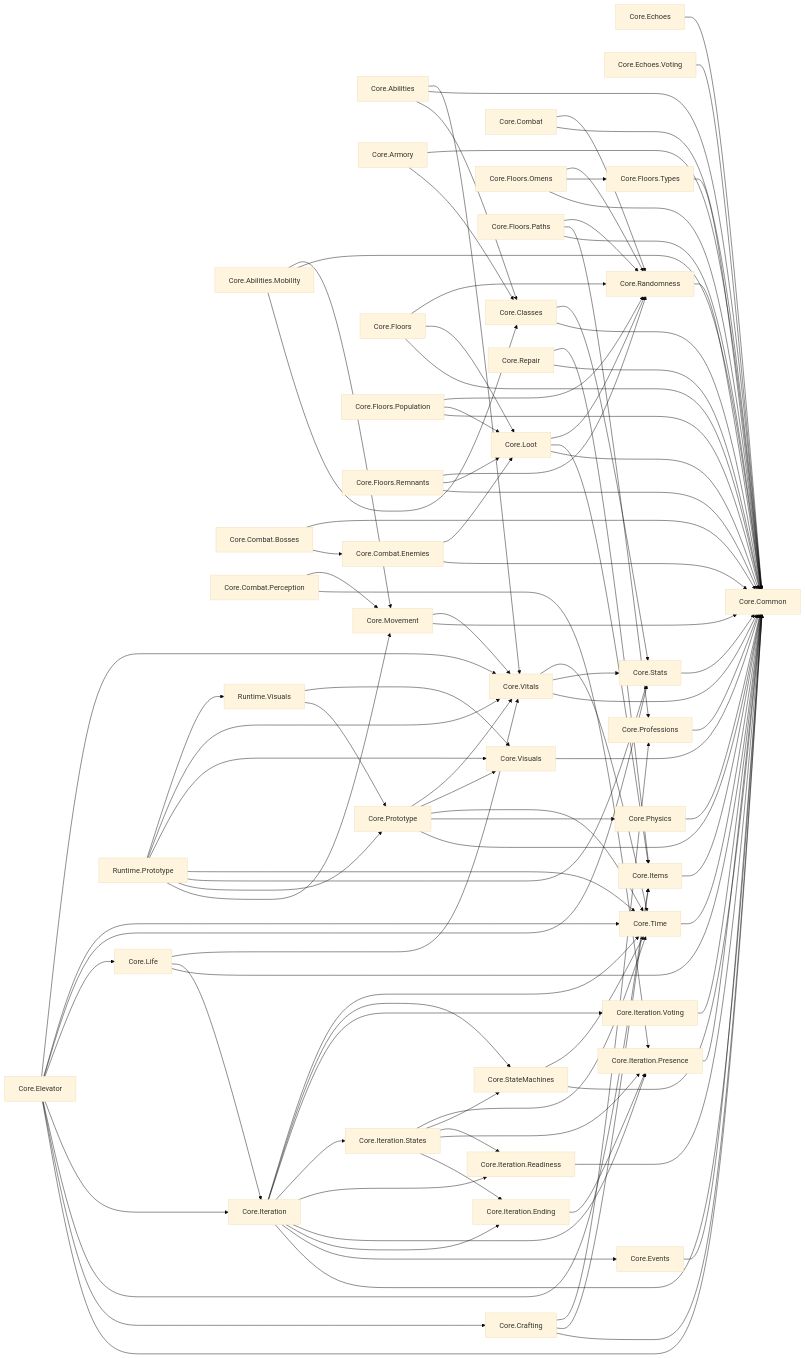
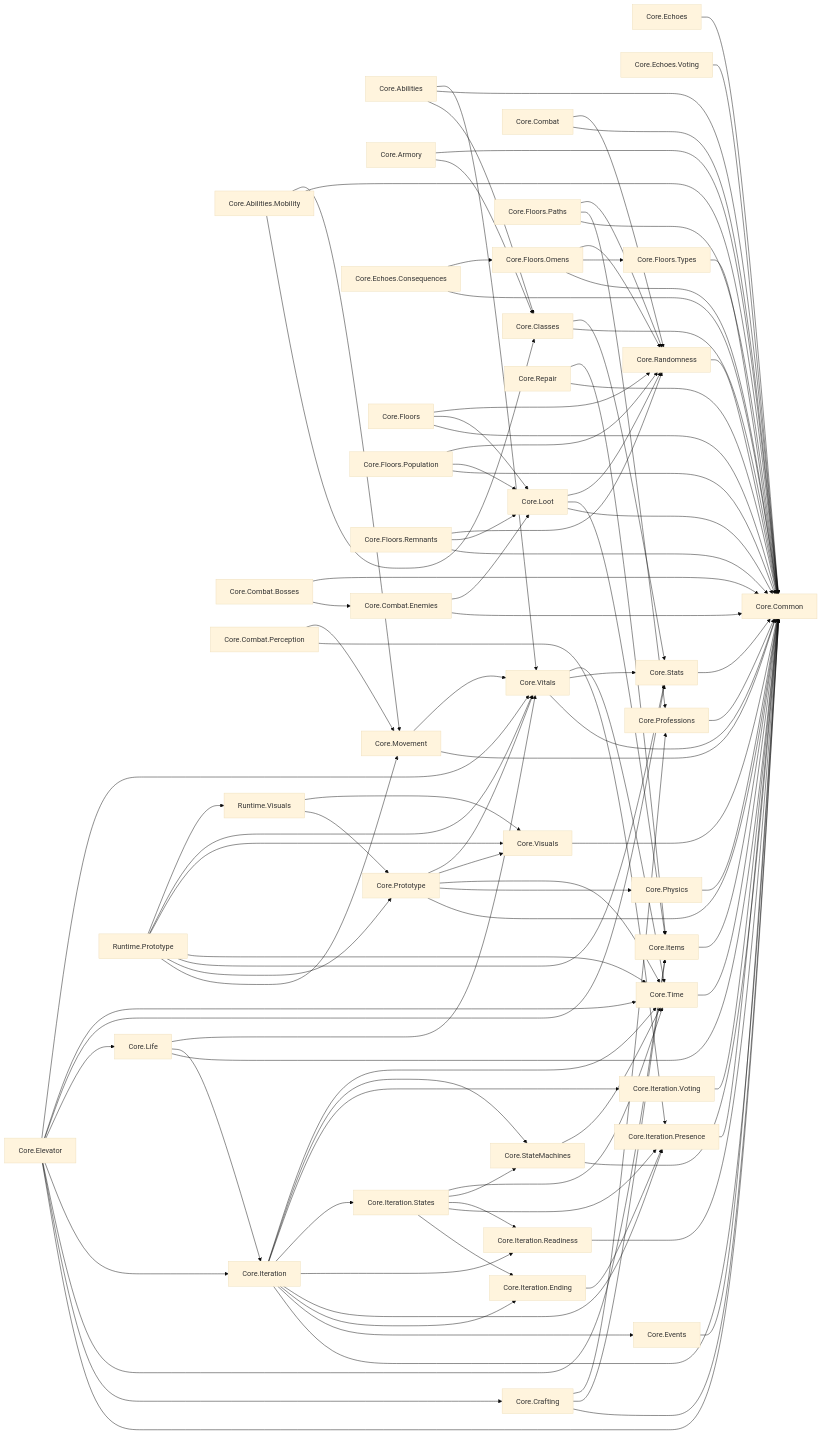
One commit to LazaroPol/Acensor changed the diagram in docs/arquitectura/GRAFO.md. Above: the diagram before and after it, drawn with Mermaid (base theme). The commit also changed 11 other files, not shown here.

````diff
--- a/docs/arquitectura/GRAFO.md
+++ b/docs/arquitectura/GRAFO.md
@@ -15,76 +15,78 @@
   n8["Core.Common"]
   n9["Core.Crafting"]
   n10["Core.Echoes"]
-  n11["Core.Echoes.Voting"]
-  n12["Core.Elevator"]
-  n13["Core.Events"]
-  n14["Core.Floors"]
-  n15["Core.Floors.Omens"]
-  n16["Core.Floors.Paths"]
-  n17["Core.Floors.Population"]
-  n18["Core.Floors.Remnants"]
-  n19["Core.Floors.Types"]
-  n20["Core.Items"]
-  n21["Core.Iteration"]
-  n22["Core.Iteration.Ending"]
-  n23["Core.Iteration.Presence"]
-  n24["Core.Iteration.Readiness"]
-  n25["Core.Iteration.States"]
-  n26["Core.Iteration.Voting"]
-  n27["Core.Life"]
-  n28["Core.Loot"]
-  n29["Core.Movement"]
-  n30["Core.Physics"]
-  n31["Core.Professions"]
-  n32["Core.Prototype"]
-  n33["Core.Randomness"]
-  n34["Core.Repair"]
-  n35["Core.StateMachines"]
-  n36["Core.Stats"]
-  n37["Core.Time"]
-  n38["Core.Visuals"]
-  n39["Core.Vitals"]
-  n40["Runtime.Prototype"]
-  n41["Runtime.Visuals"]
-  n0 --> n3 & n8 & n39
-  n1 --> n3 & n8 & n29
+  n11["Core.Echoes.Consequences"]
+  n12["Core.Echoes.Voting"]
+  n13["Core.Elevator"]
+  n14["Core.Events"]
+  n15["Core.Floors"]
+  n16["Core.Floors.Omens"]
+  n17["Core.Floors.Paths"]
+  n18["Core.Floors.Population"]
+  n19["Core.Floors.Remnants"]
+  n20["Core.Floors.Types"]
+  n21["Core.Items"]
+  n22["Core.Iteration"]
+  n23["Core.Iteration.Ending"]
+  n24["Core.Iteration.Presence"]
+  n25["Core.Iteration.Readiness"]
+  n26["Core.Iteration.States"]
+  n27["Core.Iteration.Voting"]
+  n28["Core.Life"]
+  n29["Core.Loot"]
+  n30["Core.Movement"]
+  n31["Core.Physics"]
+  n32["Core.Professions"]
+  n33["Core.Prototype"]
+  n34["Core.Randomness"]
+  n35["Core.Repair"]
+  n36["Core.StateMachines"]
+  n37["Core.Stats"]
+  n38["Core.Time"]
+  n39["Core.Visuals"]
+  n40["Core.Vitals"]
+  n41["Runtime.Prototype"]
+  n42["Runtime.Visuals"]
+  n0 --> n3 & n8 & n40
+  n1 --> n3 & n8 & n30
   n2 --> n3 & n8
-  n3 --> n8 & n36
-  n4 --> n8 & n33
+  n3 --> n8 & n37
+  n4 --> n8 & n34
   n5 --> n6 & n8
-  n6 --> n8 & n28
-  n7 --> n23 & n29
-  n9 --> n8 & n20 & n31
+  n6 --> n8 & n29
+  n7 --> n24 & n30
+  n9 --> n8 & n21 & n32
   n10 --> n8
-  n11 --> n8
-  n12 --> n8 & n9 & n20 & n21 & n27 & n36 & n37 & n39
-  n13 --> n8
-  n14 --> n8 & n28 & n33
-  n15 --> n8 & n19 & n33
-  n16 --> n8 & n31 & n33
-  n17 --> n8 & n28 & n33
-  n18 --> n8 & n28 & n33
-  n19 --> n8
+  n11 --> n8 & n16
+  n12 --> n8
+  n13 --> n8 & n9 & n21 & n22 & n28 & n37 & n38 & n40
+  n14 --> n8
+  n15 --> n8 & n29 & n34
+  n16 --> n8 & n20 & n34
+  n17 --> n8 & n32 & n34
+  n18 --> n8 & n29 & n34
+  n19 --> n8 & n29 & n34
   n20 --> n8
-  n21 --> n8 & n13 & n22 & n23 & n24 & n25 & n26 & n35 & n37
-  n22 --> n23
-  n23 --> n8
+  n21 --> n8
+  n22 --> n8 & n14 & n23 & n24 & n25 & n26 & n27 & n36 & n38
+  n23 --> n24
   n24 --> n8
-  n25 --> n22 & n23 & n24 & n35 & n37
-  n26 --> n8
-  n27 --> n8 & n21 & n39
-  n28 --> n8 & n20 & n33
-  n29 --> n8 & n39
-  n30 --> n8
+  n25 --> n8
+  n26 --> n23 & n24 & n25 & n36 & n38
+  n27 --> n8
+  n28 --> n8 & n22 & n40
+  n29 --> n8 & n21 & n34
+  n30 --> n8 & n40
   n31 --> n8
-  n32 --> n8 & n30 & n37 & n38 & n39
-  n33 --> n8
-  n34 --> n8 & n20
-  n35 --> n8 & n37
-  n36 --> n8
+  n32 --> n8
+  n33 --> n8 & n31 & n38 & n39 & n40
+  n34 --> n8
+  n35 --> n8 & n21
+  n36 --> n8 & n38
   n37 --> n8
   n38 --> n8
-  n39 --> n8 & n36 & n37
-  n40 --> n29 & n32 & n36 & n37 & n38 & n39 & n41
-  n41 --> n32 & n38
+  n39 --> n8
+  n40 --> n8 & n37 & n38
+  n41 --> n30 & n33 & n37 & n38 & n39 & n40 & n42
+  n42 --> n33 & n39
 ```
````
